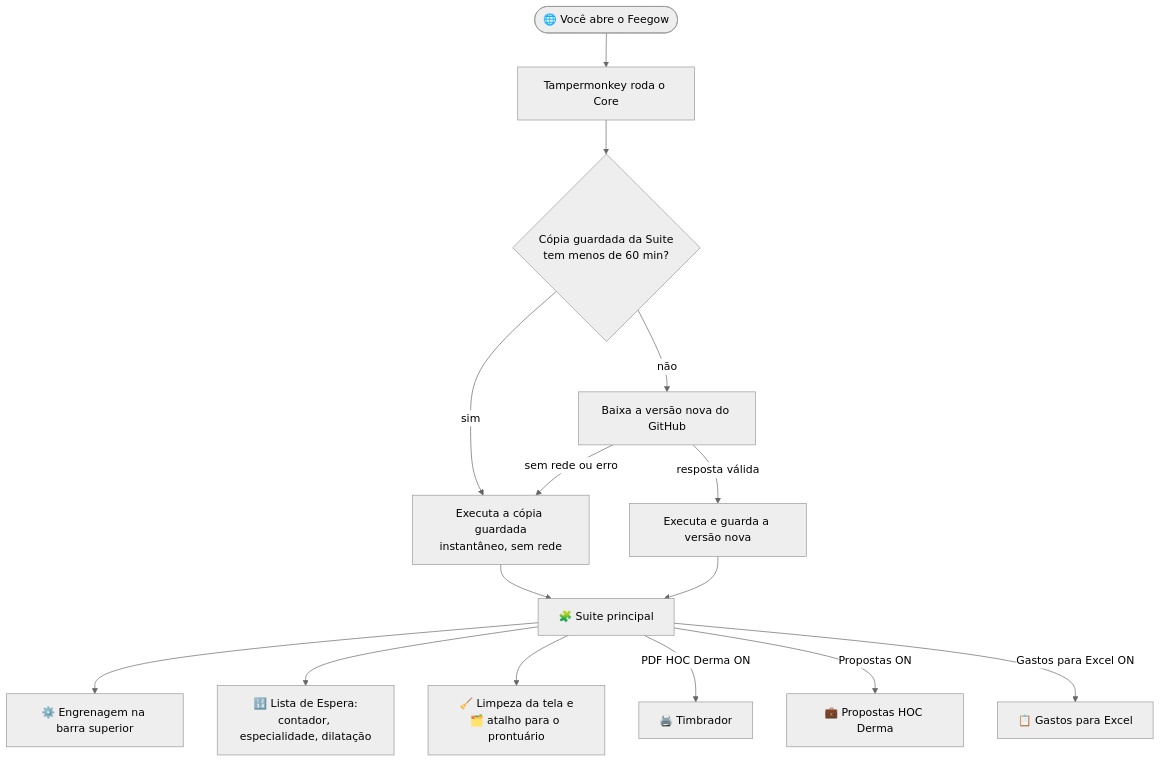
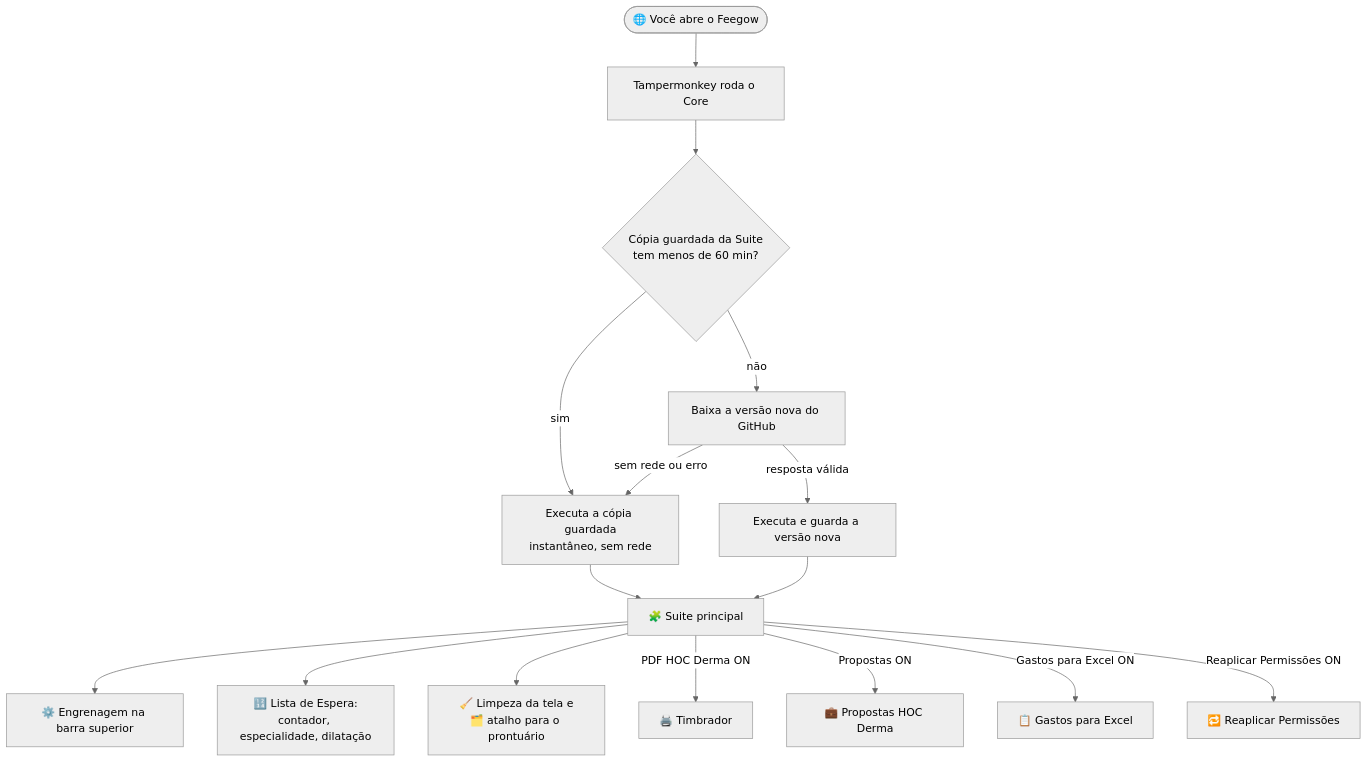
Before and after one commit to Nicker2/Feegow-Enhanced-Suite: the diagram in README.md, drawn with Mermaid (neutral theme). The commit also changed other lines of this file and 11 other files, not shown here.

Commit message:
Core 1.1.3.0 / Suite 4.9.7.0 / Reaplicar Permissões 1.0.0: novo módulo com botão ao lado do histórico de permissões (cadastro de funcionário) que reaplica a regra atual (check verde), com confirmação própria e clique no próprio Aplicar; item na engrenagem, ON por padrão

````diff
--- a/README.md
+++ b/README.md
@@ -92,17 +94,18 @@
 ```mermaid
 flowchart TD
     A([🌐 Você abre o Feegow]) --> B[Tampermonkey roda o Core]
     B --> C{Cópia guardada da Suite<br/>tem menos de 60 min?}
     C -->|sim| E[Executa a cópia guardada<br/>instantâneo, sem rede]
     C -->|não| D[Baixa a versão nova do GitHub]
     D -->|resposta válida| E2[Executa e guarda a versão nova]
     D -->|sem rede ou erro| E
     E --> S[🧩 Suite principal]
     E2 --> S
     S --> G[⚙️ Engrenagem na barra superior]
     S --> L[🔢 Lista de Espera:<br/>contador, especialidade, dilatação]
     S --> K[🧹 Limpeza da tela e<br/>🗂️ atalho para o prontuário]
     S -->|PDF HOC Derma ON| T[🖨️ Timbrador]
     S -->|Propostas ON| P[💼 Propostas HOC Derma]
     S -->|Gastos para Excel ON| X[📋 Gastos para Excel]
+    S -->|Reaplicar Permissões ON| RP[🔁 Reaplicar Permissões]
 ```
````
